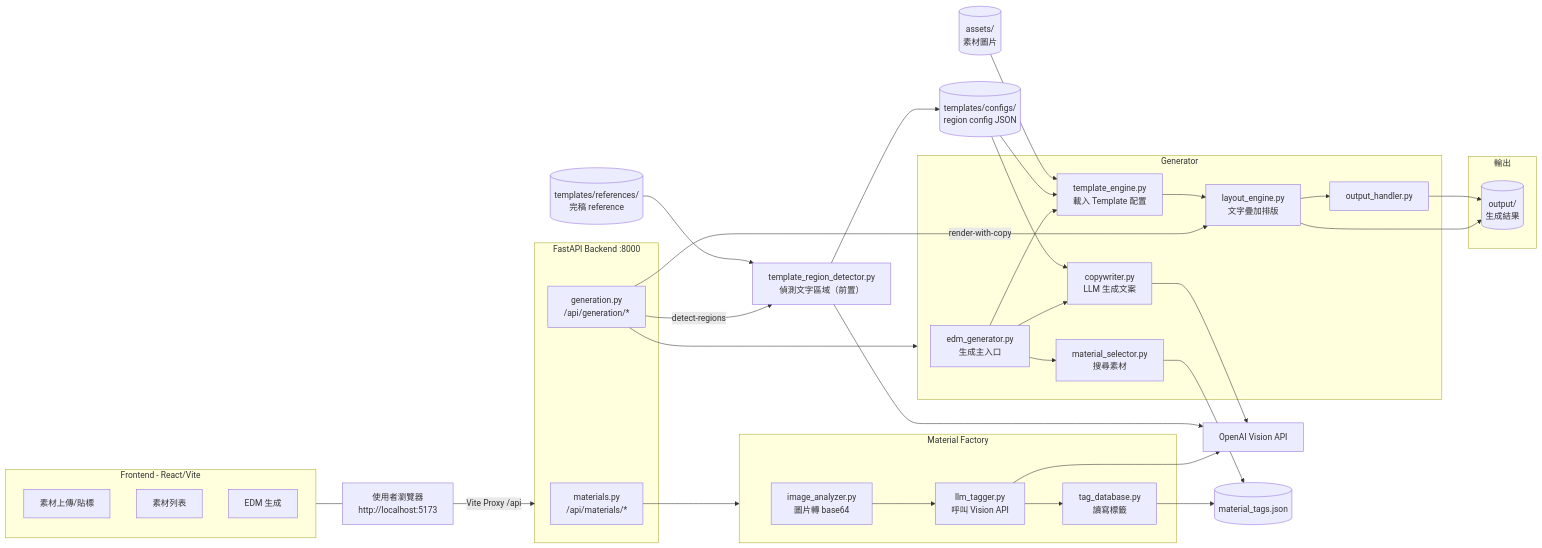
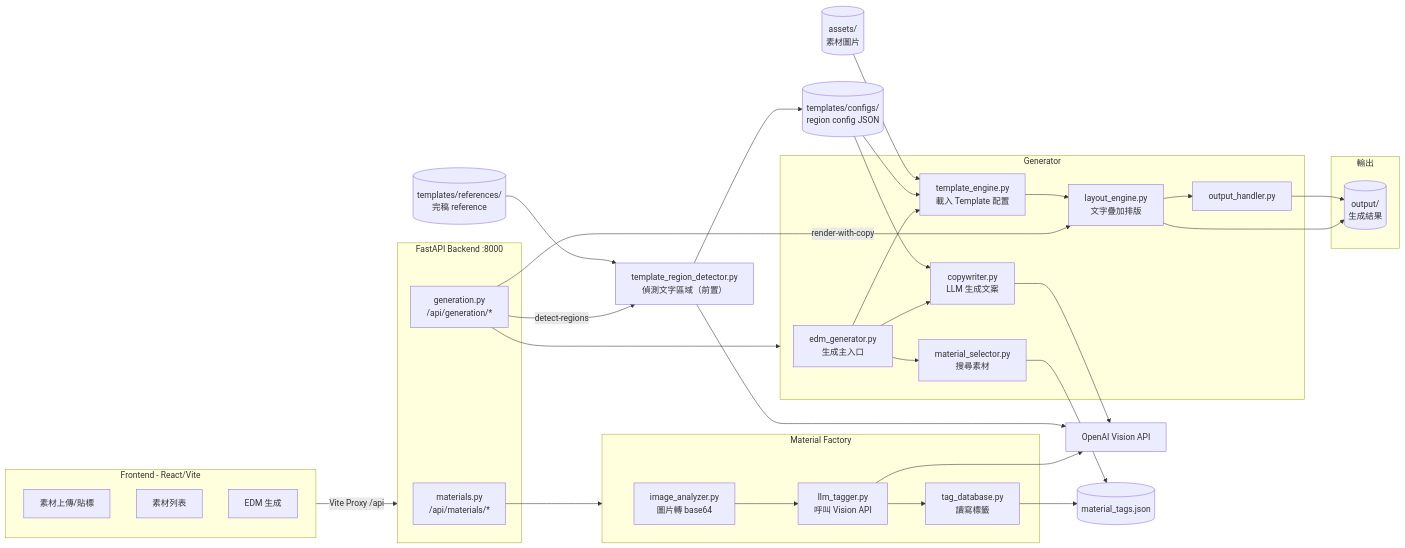
Before and after one commit to SamLai228/creative_agent: the diagram in docs/architecture.md, drawn with Mermaid.

Commit message:
docs: remove Browser node from architecture diagram
移除多餘的使用者瀏覽器節點，簡化架構圖。

````diff
--- a/docs/architecture.md
+++ b/docs/architecture.md
@@ -3,72 +3,69 @@
 ```mermaid
 flowchart LR
-    Browser["使用者瀏覽器<br/>http://localhost:5173"]
-
     subgraph Frontend["Frontend - React/Vite"]
         UI_Upload["素材上傳/貼標"]
         UI_List["素材列表"]
         UI_Generate["EDM 生成"]
     end
 
     subgraph Backend["FastAPI Backend :8000"]
         R_Materials["materials.py<br/>/api/materials/*"]
         R_Generation["generation.py<br/>/api/generation/*"]
     end
 
     subgraph MaterialFactory["Material Factory"]
         ImageAnalyzer["image_analyzer.py<br/>圖片轉 base64"]
         LLMTagger["llm_tagger.py<br/>呼叫 Vision API"]
         TagDatabase["tag_database.py<br/>讀寫標籤"]
     end
 
     subgraph Generator["Generator"]
         EDMGenerator["edm_generator.py<br/>生成主入口"]
         MaterialSelector["material_selector.py<br/>搜尋素材"]
         TemplateEngine["template_engine.py<br/>載入 Template 配置"]
         LayoutEngine["layout_engine.py<br/>文字疊加排版"]
         Copywriter["copywriter.py<br/>LLM 生成文案"]
         OutputHandler["output_handler.py"]
     end
 
     RegionDetector["template_region_detector.py<br/>偵測文字區域（前置）"]
 
     OpenAI["OpenAI Vision API"]
 
     DB[("material_tags.json")]
     Assets[("assets/<br/>素材圖片")]
     TplRefs[("templates/references/<br/>完稿 reference")]
     TplConfigs[("templates/configs/<br/>region config JSON")]
 
     subgraph OutputZone["輸出"]
         Output[("output/<br/>生成結果")]
     end
 
-    Browser -->|"Vite Proxy /api"| Backend
-    Frontend --- Browser
+    Frontend -->|"Vite Proxy /api"| Backend
 
     R_Materials --> MaterialFactory
     R_Generation --> Generator
     R_Generation -->|"render-with-copy"| LayoutEngine
 
     ImageAnalyzer --> LLMTagger
     LLMTagger --> OpenAI
     LLMTagger --> TagDatabase
     TagDatabase --> DB
 
     R_Generation -->|"detect-regions"| RegionDetector
     EDMGenerator --> MaterialSelector
     EDMGenerator --> Copywriter
     EDMGenerator --> TemplateEngine
     MaterialSelector --> DB
     TplRefs --> RegionDetector
     RegionDetector --> OpenAI
     RegionDetector --> TplConfigs
     TplConfigs --> Copywriter
     TplConfigs --> TemplateEngine
     Copywriter --> OpenAI
     Assets --> TemplateEngine
     TemplateEngine --> LayoutEngine
     LayoutEngine --> OutputHandler
     LayoutEngine --> Output
     OutputHandler --> Output
 ```
````
